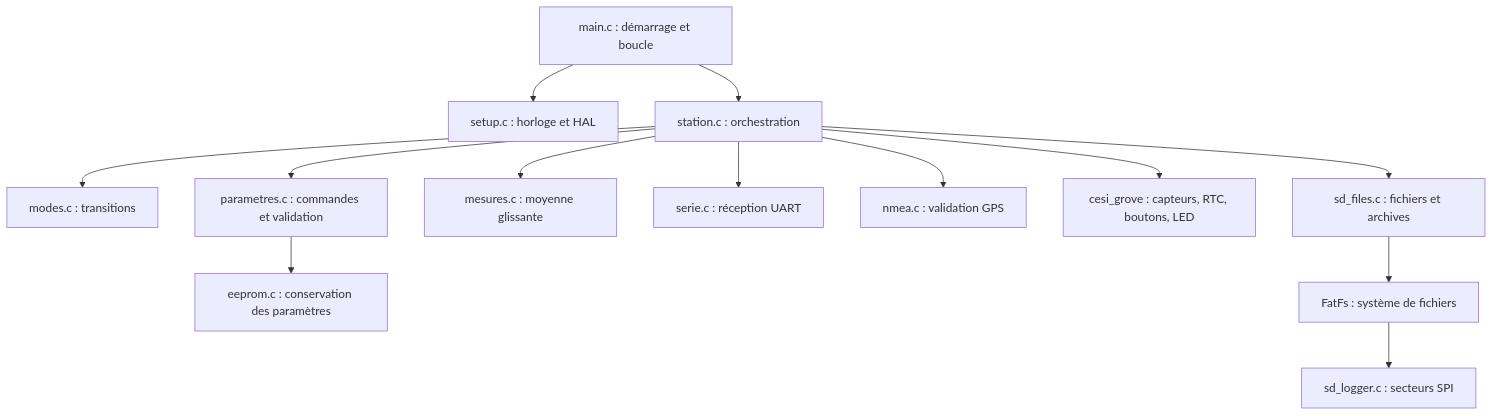
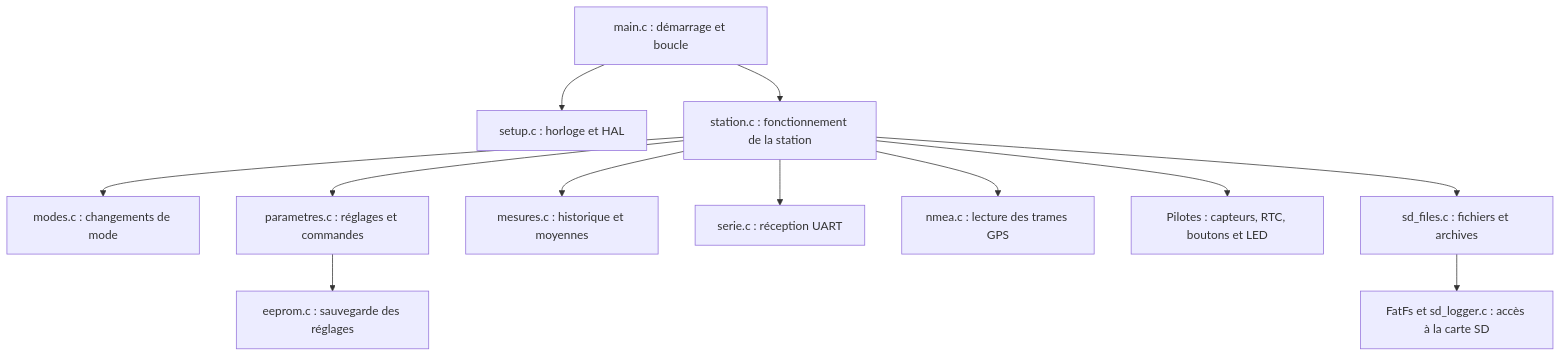
Before and after one commit to VictorCESIVA/Worldwide-Weather-Watcher: the diagram in docs/LIVRABLE_2_ARCHITECTURE.md, drawn with Mermaid. The commit also changed other lines of this file, not shown here.

````diff
--- a/docs/LIVRABLE_2_ARCHITECTURE.md
+++ b/docs/LIVRABLE_2_ARCHITECTURE.md
@@ -7,15 +11,14 @@
 ```mermaid
 flowchart TD
     MAIN[main.c : démarrage et boucle] --> INIT[setup.c : horloge et HAL]
-    MAIN --> STATION[station.c : orchestration]
-    STATION --> MODES[modes.c : transitions]
-    STATION --> CONFIG[parametres.c : commandes et validation]
-    CONFIG --> EEPROM[eeprom.c : conservation des paramètres]
-    STATION --> MESURES[mesures.c : moyenne glissante]
+    MAIN --> STATION[station.c : fonctionnement de la station]
+    STATION --> MODES[modes.c : changements de mode]
+    STATION --> CONFIG[parametres.c : réglages et commandes]
+    CONFIG --> EEPROM[eeprom.c : sauvegarde des réglages]
+    STATION --> MESURES[mesures.c : historique et moyennes]
     STATION --> SERIE[serie.c : réception UART]
-    STATION --> GPS[nmea.c : validation GPS]
-    STATION --> PILOTES[cesi_grove : capteurs, RTC, boutons, LED]
+    STATION --> GPS[nmea.c : lecture des trames GPS]
+    STATION --> PILOTES[Pilotes : capteurs, RTC, boutons et LED]
     STATION --> SD[sd_files.c : fichiers et archives]
-    SD --> FAT[FatFs : système de fichiers]
-    FAT --> SPI[sd_logger.c : secteurs SPI]
+    SD --> FAT[FatFs et sd_logger.c : accès à la carte SD]
 ```
````
